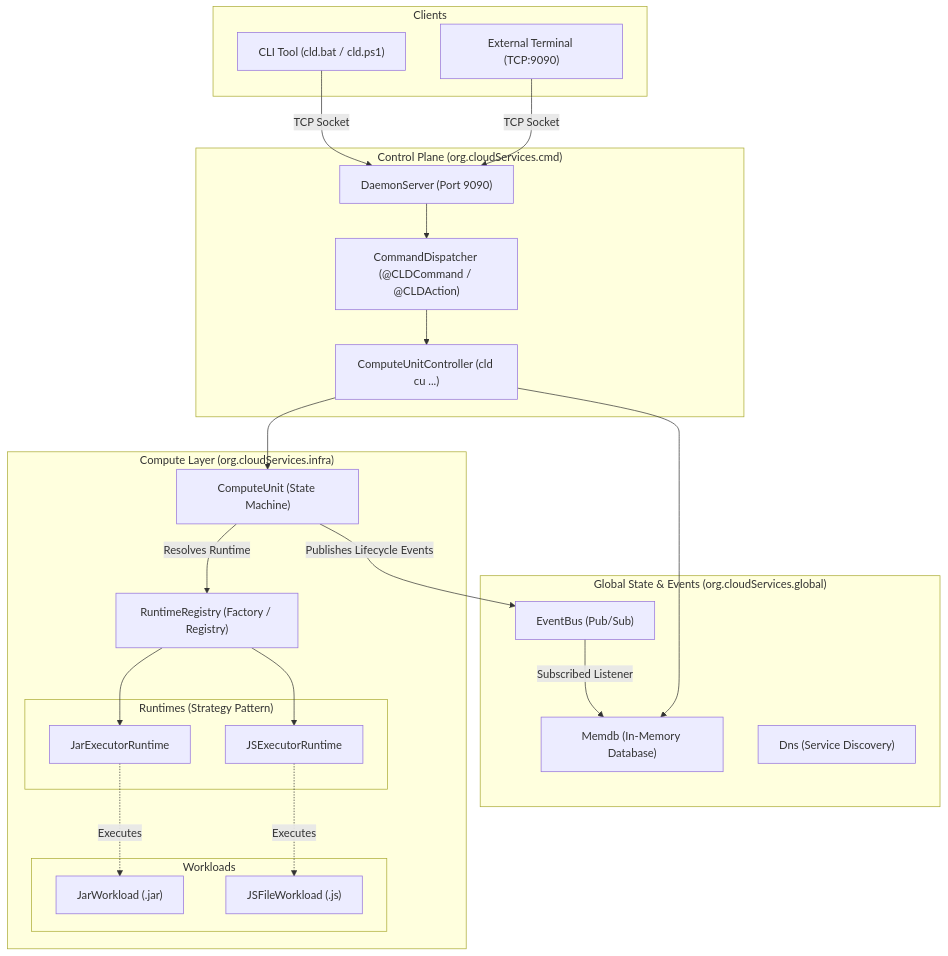
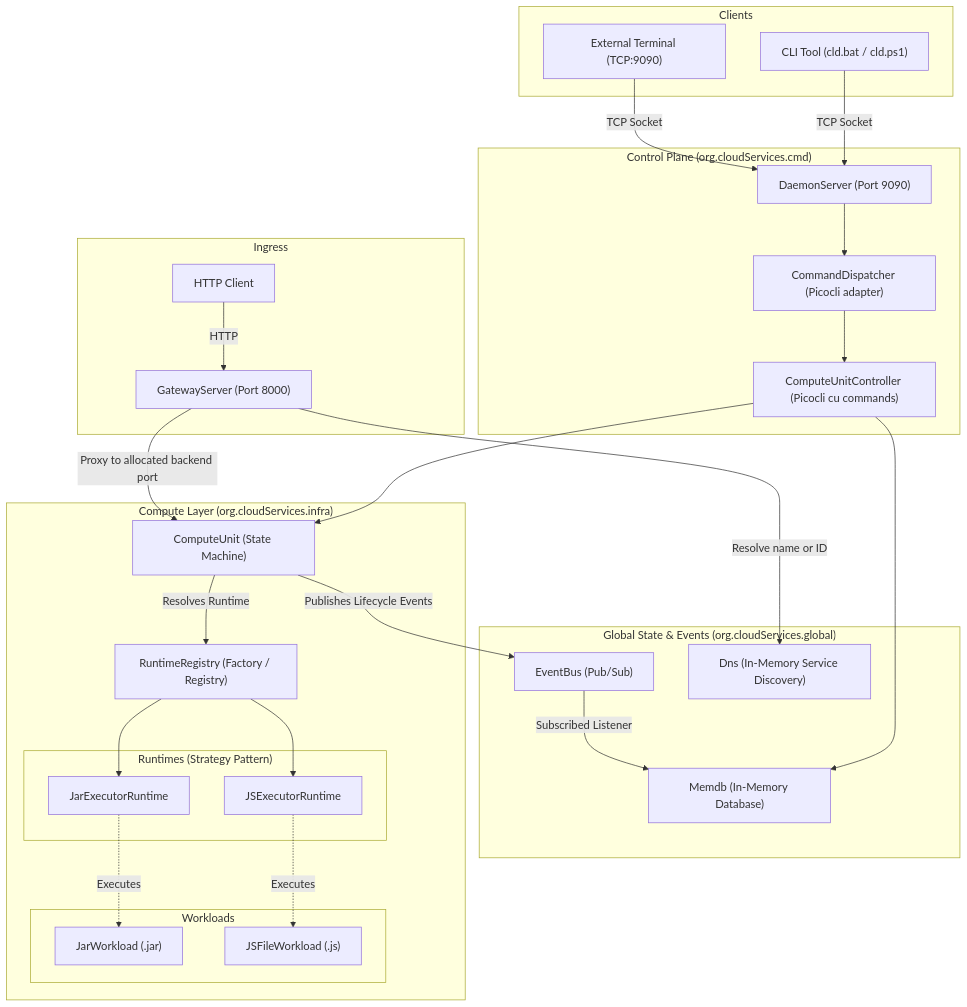
The first of 2 diagrams in README.md (19peter/cloudservices), drawn with Mermaid before and after one commit. The commit also changed other lines of this file and 4 other files, not shown here.

Commit message:
Enhance README and add Static API JAR workload with HTTP routes; update Main class to start GatewayServer

````diff
--- a/README.md
+++ b/README.md
@@ -11,50 +11,58 @@
 ```mermaid
 graph TD
     subgraph "Clients"
         CLI["CLI Tool (cld.bat / cld.ps1)"]
         Terminal["External Terminal (TCP:9090)"]
     end
 
     subgraph "Control Plane (org.cloudServices.cmd)"
         Daemon["DaemonServer (Port 9090)"]
-        Dispatcher["CommandDispatcher (@CLDCommand / @CLDAction)"]
-        Controller["ComputeUnitController (cld cu ...)"]
+        Dispatcher["CommandDispatcher (Picocli adapter)"]
+        Controller["ComputeUnitController (Picocli cu commands)"]
     end
 
     subgraph "Global State & Events (org.cloudServices.global)"
         Memdb["Memdb (In-Memory Database)"]
         EventBus["EventBus (Pub/Sub)"]
-        Dns["Dns (Service Discovery)"]
+        Dns["Dns (In-Memory Service Discovery)"]
+    end
+
+    subgraph "Ingress"
+        ApiClient["HTTP Client"]
+        Gateway["GatewayServer (Port 8000)"]
     end
 
     subgraph "Compute Layer (org.cloudServices.infra)"
         CU["ComputeUnit (State Machine)"]
         Registry["RuntimeRegistry (Factory / Registry)"]
         
         subgraph "Runtimes (Strategy Pattern)"
             JarRuntime["JarExecutorRuntime"]
             JSRuntime["JSExecutorRuntime"]
         end
         
         subgraph "Workloads"
             JarWL["JarWorkload (.jar)"]
             JSWL["JSFileWorkload (.js)"]
         end
     end
 
     CLI -->|TCP Socket| Daemon
     Terminal -->|TCP Socket| Daemon
     Daemon --> Dispatcher
     Dispatcher --> Controller
     Controller --> CU
     Controller --> Memdb
+    ApiClient -->|HTTP| Gateway
+    Gateway -->|Resolve name or ID| Dns
+    Gateway -->|Proxy to allocated backend port| CU
 
     CU -->|Resolves Runtime| Registry
     Registry --> JarRuntime
     Registry --> JSRuntime
     JarRuntime -.->|Executes| JarWL
     JSRuntime -.->|Executes| JSWL
 
     CU -->|Publishes Lifecycle Events| EventBus
     EventBus -->|Subscribed Listener| Memdb
 ```
````
